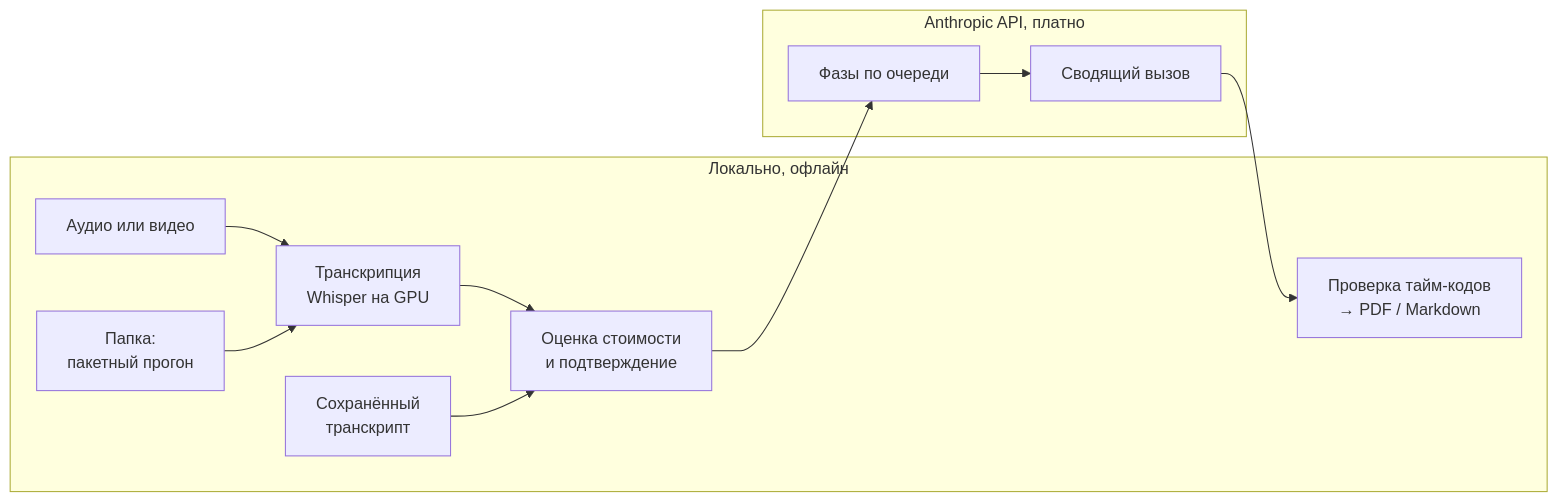
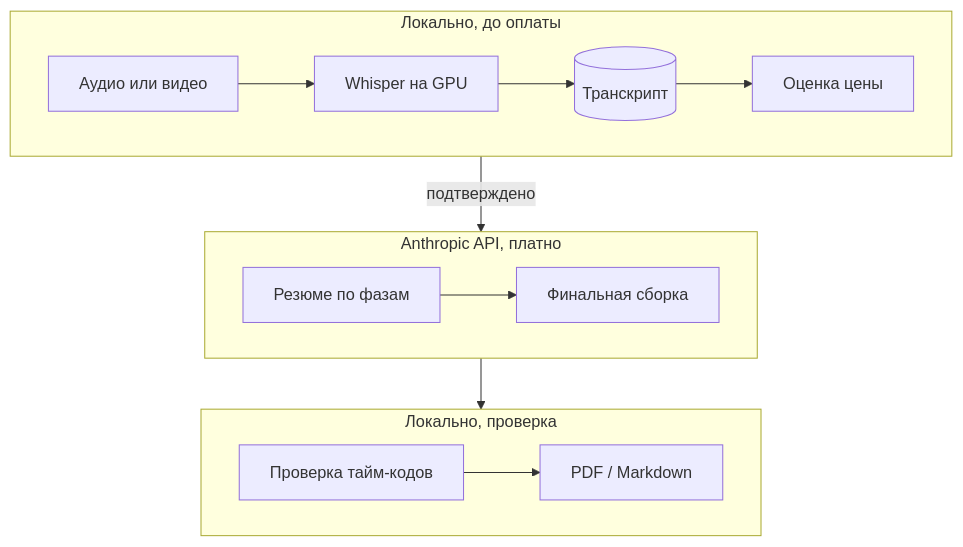
One commit to VNQuq/echogist changed the diagram in README.md. Above: the diagram before and after it, drawn with Mermaid.

Commit message:
docs: README architecture diagram in three bands: before payment, paid, after

````diff
--- a/README.md
+++ b/README.md
@@ -31,15 +31,17 @@
 ```mermaid
-flowchart LR
-    subgraph local["Локально, офлайн"]
-        A[Аудио или видео] --> T[Транскрипция<br/>Whisper на GPU]
-        F[Папка:<br/>пакетный прогон] --> T
-        T --> E[Оценка стоимости<br/>и подтверждение]
-        S[Сохранённый<br/>транскрипт] --> E
-        V[Проверка тайм-кодов<br/>→ PDF / Markdown]
+flowchart TB
+    subgraph before["Локально, до оплаты"]
+        direction LR
+        A[Аудио или видео] --> T[Whisper на GPU] --> S[(Транскрипт)] --> E[Оценка цены]
     end
     subgraph api["Anthropic API, платно"]
-        P[Фазы по очереди] --> R[Сводящий вызов]
+        direction LR
+        P[Резюме по фазам] --> R[Финальная сборка]
     end
-    E --> P
-    R --> V
+    subgraph after["Локально, проверка"]
+        direction LR
+        V[Проверка тайм-кодов] --> O[PDF / Markdown]
+    end
+    before -->|подтверждено| api
+    api --> after
 ```
````
